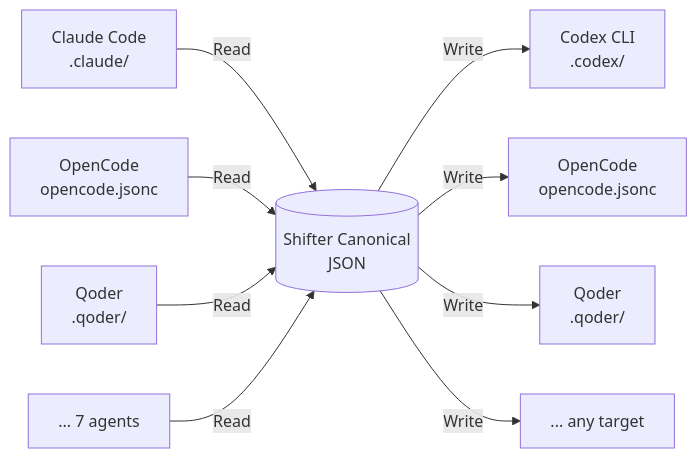
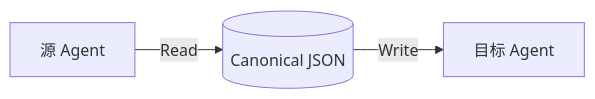
Before and after one commit to Moximxxx/shifter: the first of 2 diagrams in README.zh-CN.md, drawn with Mermaid. The commit also changed other lines of this file and 1 other file, not shown here.

First line of the commit message:
docs: simplify Mermaid diagrams — minimal and clean

````diff
--- a/README.zh-CN.md
+++ b/README.zh-CN.md
@@ -43,11 +43,5 @@
 ```mermaid
 flowchart LR
-    A[Claude Code<br>.claude/] -->|Read| B[(Shifter Canonical<br>JSON)]
-    C[OpenCode<br>opencode.jsonc] -->|Read| B
-    D[Qoder<br>.qoder/] -->|Read| B
-    E[... 7 agents] -->|Read| B
-    B -->|Write| F[Codex CLI<br>.codex/]
-    B -->|Write| G[OpenCode<br>opencode.jsonc]
-    B -->|Write| H[Qoder<br>.qoder/]
-    B -->|Write| I[... any target]
+    A[源 Agent] -->|Read| B[(Canonical JSON)]
+    B -->|Write| C[目标 Agent]
 ```
````
